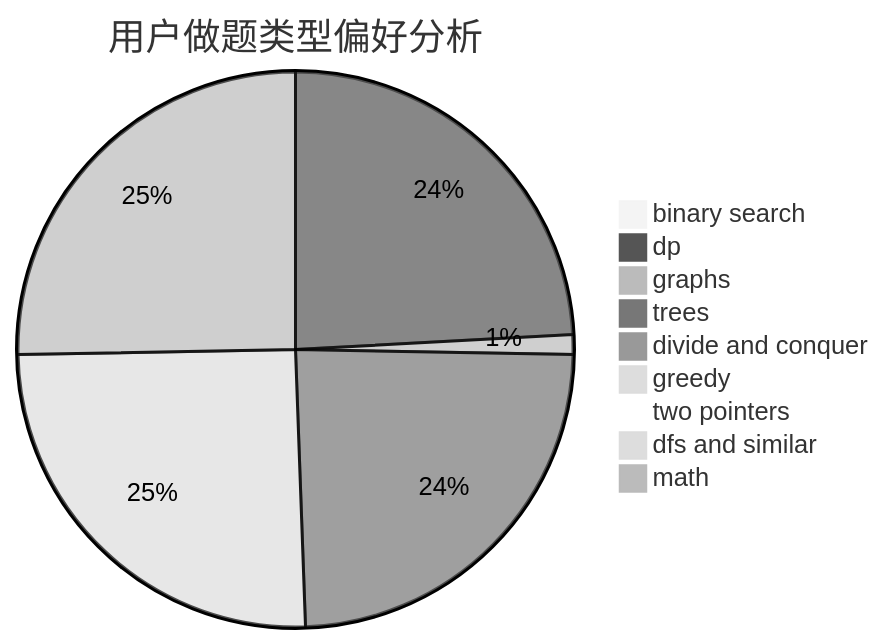
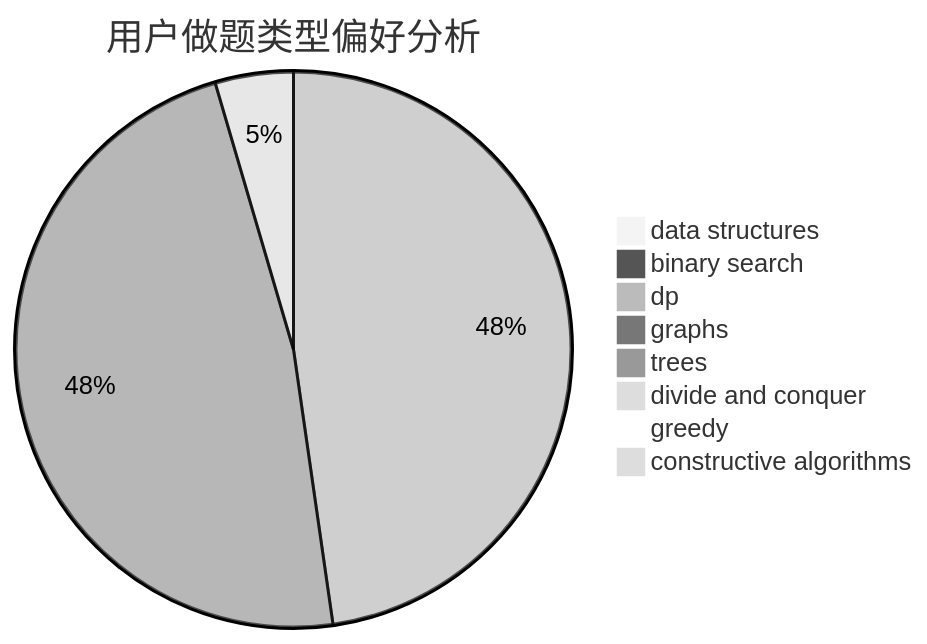
One commit to sherpahu/cfrs.github.io changed the second of 3 diagrams in docs/user/u1378.md. Above: the diagram before and after it, drawn with Mermaid (neutral theme). The commit also changed other lines of this file and 2775 other files, not shown here.

````diff
--- a/docs/user/u1378.md
+++ b/docs/user/u1378.md
@@ -23,12 +23,11 @@
 ```mermaid
 pie title 用户做题类型偏好分析
+    "data structures" :  0
     "binary search" :  0
     "dp" :  21
-    "graphs" :  1
+    "graphs" :  0
     "trees" :  21
     "divide and conquer" :  0
     "greedy" :  0
-    "two pointers" :  0
-    "dfs and similar" :  22
-    "math" :  22
+    "constructive algorithms" :  2
 ```
````
